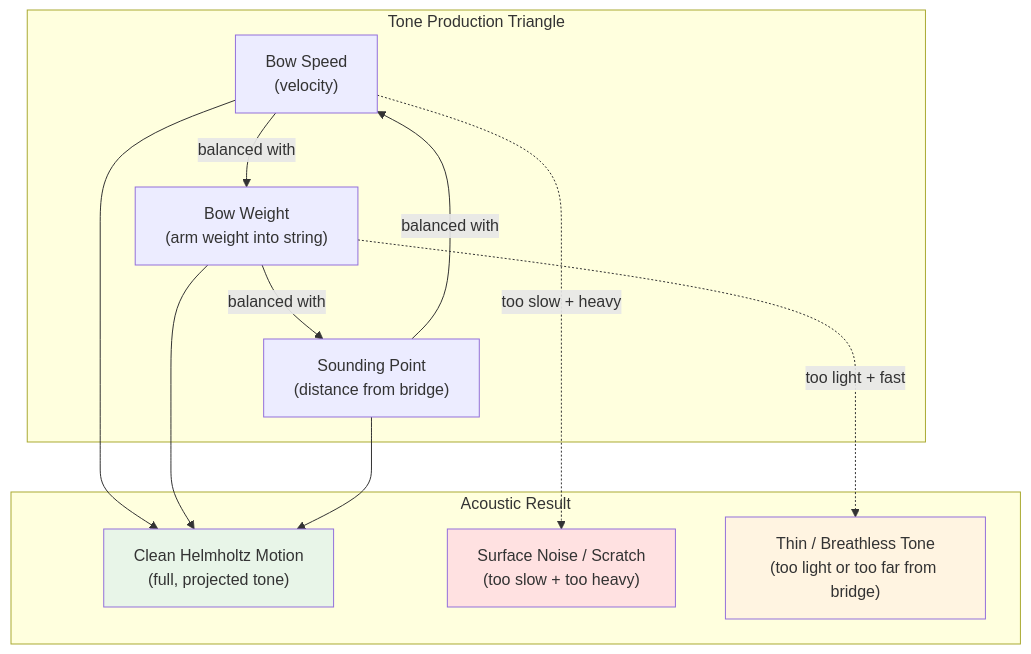
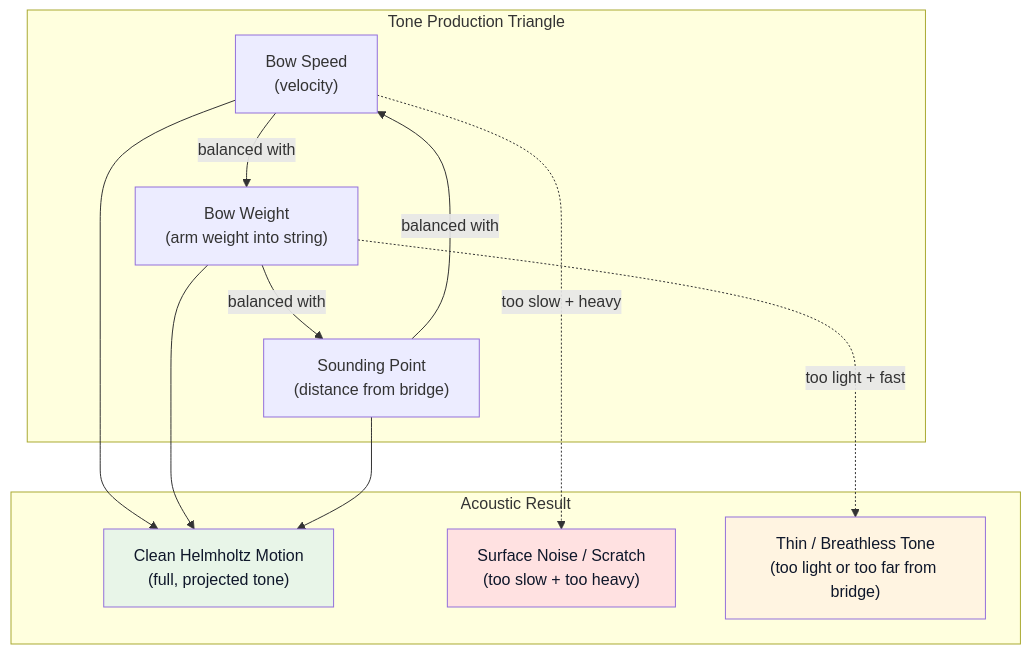
The first of 8 diagrams in topics/arts/music_performance/strings/lesson_01_string_techniques.md (blebleblee/synapse), drawn with Mermaid before and after one commit. The commit also changed other lines of this file and 1464 other files, not shown here.

Commit message:
feat(release): curriculum vector mermaid upgrade, render hardening, and master synpack

````diff
--- a/topics/arts/music_performance/strings/lesson_01_string_techniques.md
+++ b/topics/arts/music_performance/strings/lesson_01_string_techniques.md
@@ -36,29 +36,29 @@
 ```mermaid
 graph TB
     subgraph sub_tone ["Tone Production Triangle"]
         A["Bow Speed<br/>(velocity)"]
         B["Bow Weight<br/>(arm weight into string)"]
         C["Sounding Point<br/>(distance from bridge)"]
     end
 
     subgraph sub_result ["Acoustic Result"]
         D["Clean Helmholtz Motion<br/>(full, projected tone)"]
         E["Surface Noise / Scratch<br/>(too slow + too heavy)"]
         F["Thin / Breathless Tone<br/>(too light or too far from bridge)"]
     end
 
     A -->|"balanced with"| B
     B -->|"balanced with"| C
     C -->|"balanced with"| A
 
     A --> D
     B --> D
     C --> D
 
     A -.->|"too slow + heavy"| E
     B -.->|"too light + fast"| F
 
-    style D fill:#e8f5e8
-    style E fill:#ffe1e1
-    style F fill:#fff4e1
+    style D fill:#e8f5e8,color:#0f172a
+    style E fill:#ffe1e1,color:#0f172a
+    style F fill:#fff4e1,color:#0f172a
 ```
````
